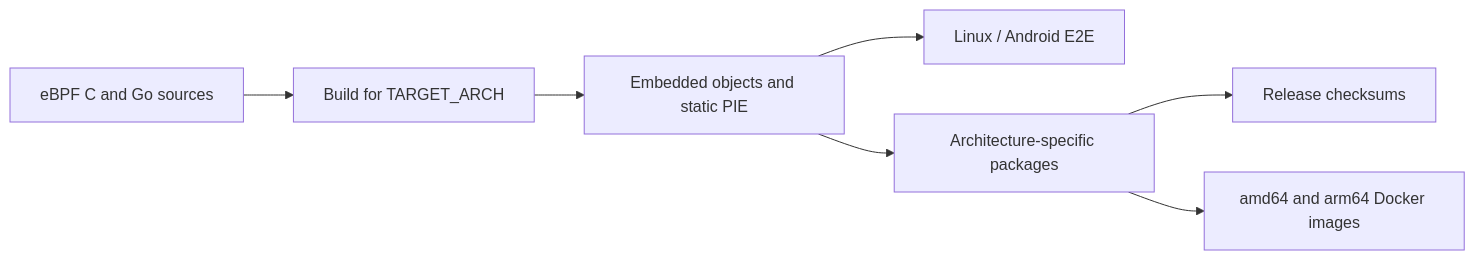
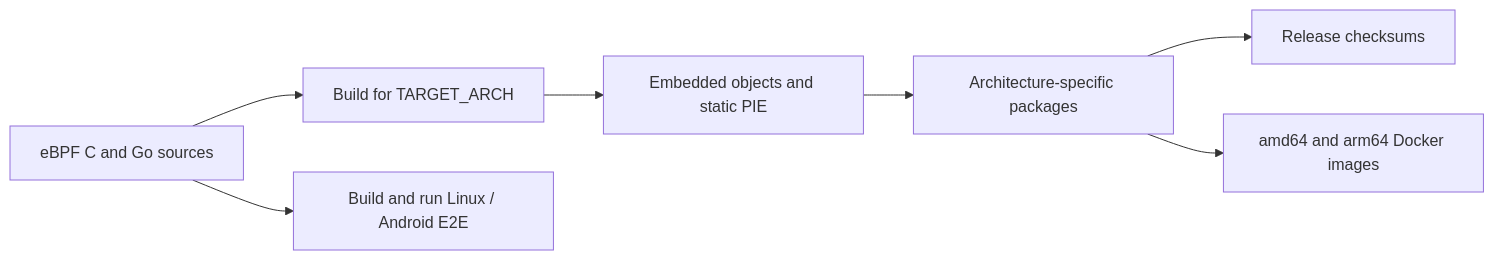
Before and after one commit to gojue/ecapture.cc: the diagram in src/en/6-build-testing-and-release/index.md, drawn with Mermaid. The commit also changed other lines of this file and 67 other files, not shown here.

````diff
--- a/src/en/6-build-testing-and-release/index.md
+++ b/src/en/6-build-testing-and-release/index.md
@@ -5,9 +5,9 @@
 ```mermaid
 flowchart LR
     C["eBPF C and Go sources"] --> B["Build for TARGET_ARCH"]
     B --> A["Embedded objects and static PIE"]
-    A --> T["Linux / Android E2E"]
+    C --> T["Build and run Linux / Android E2E"]
     A --> P["Architecture-specific packages"]
     P --> R["Release checksums"]
     P --> D["amd64 and arm64 Docker images"]
 ```
````
